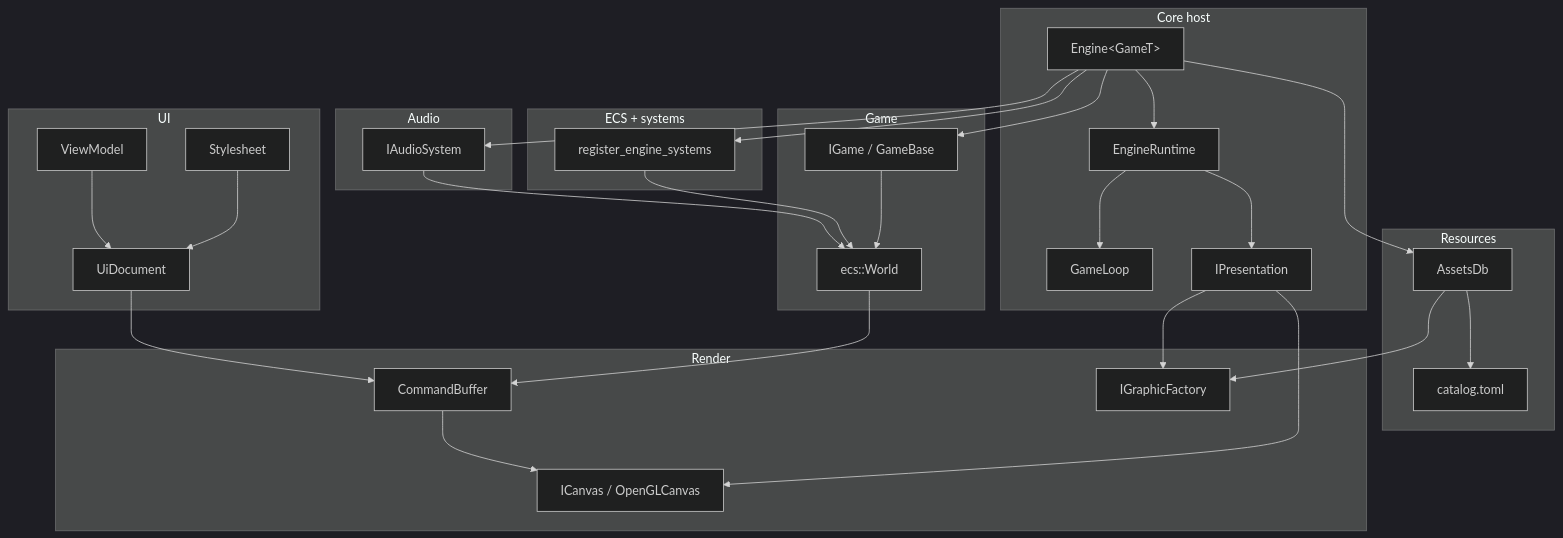
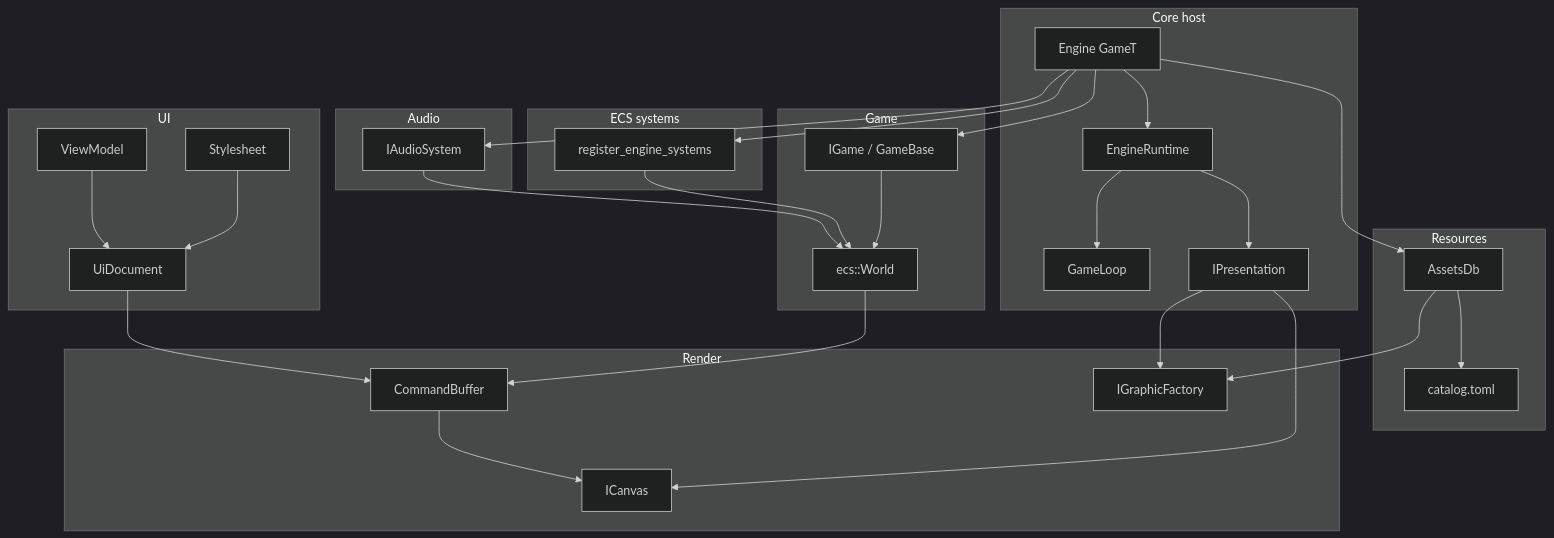
One commit to wismh/wind-engine changed the diagram in docs/tech/architecture/Module Map.md. Above: the diagram before and after it, drawn with Mermaid (dark theme). The commit also changed other lines of this file and 170 other files, not shown here.

````diff
--- a/docs/tech/architecture/Module Map.md
+++ b/docs/tech/architecture/Module Map.md
@@ -9,59 +5,59 @@
 ```mermaid
 flowchart TB
   subgraph host [Core host]
-    Eng["Engine&lt;GameT&gt;"]
+    Eng["Engine GameT"]
     RT["EngineRuntime"]
     Loop["GameLoop"]
     Present["IPresentation"]
   end
 
   subgraph game [Game]
     IG["IGame / GameBase"]
     W["ecs::World"]
   end
 
   subgraph res [Resources]
     DB["AssetsDb"]
     Cat["catalog.toml"]
   end
 
-  subgraph ecsmod [ECS + systems]
+  subgraph ecsmod [ECS systems]
     Sys["register_engine_systems"]
   end
 
   subgraph rnd [Render]
     CB["CommandBuffer"]
     Fac["IGraphicFactory"]
-    CV["ICanvas / OpenGLCanvas"]
+    CV["ICanvas"]
   end
 
   subgraph uimod [UI]
     XML["UiDocument"]
     CSS["Stylesheet"]
     VM["ViewModel"]
   end
 
   subgraph aud [Audio]
     AS["IAudioSystem"]
   end
 
   Eng --> RT
   Eng --> IG
   Eng --> DB
   Eng --> AS
   RT --> Loop
   RT --> Present
   Present --> CV
   Present --> Fac
   IG --> W
   Eng --> Sys
   Sys --> W
   DB --> Cat
   DB --> Fac
   W --> CB
   XML --> CB
   CSS --> XML
   VM --> XML
   AS --> W
   CB --> CV
 ```
````
